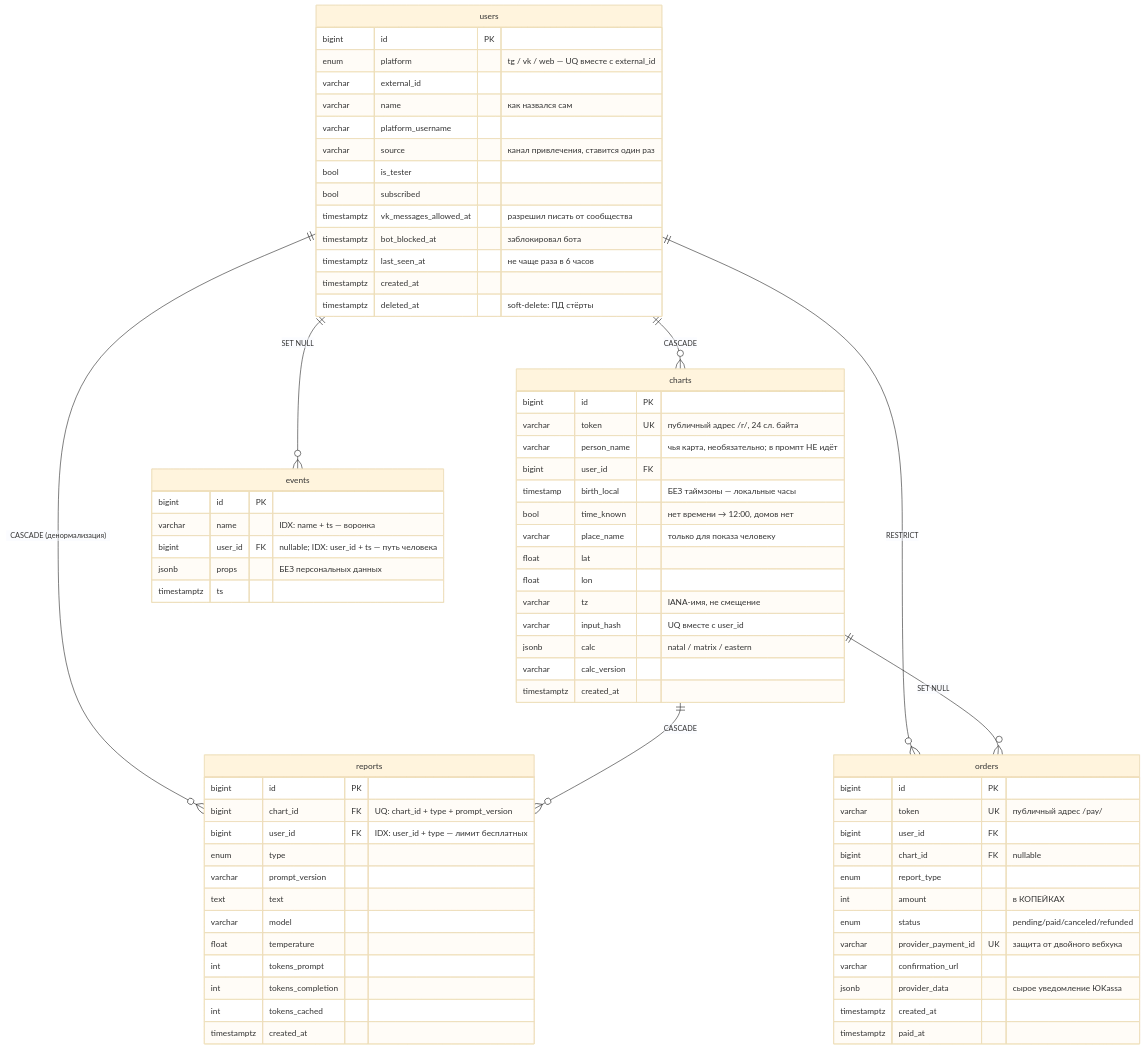
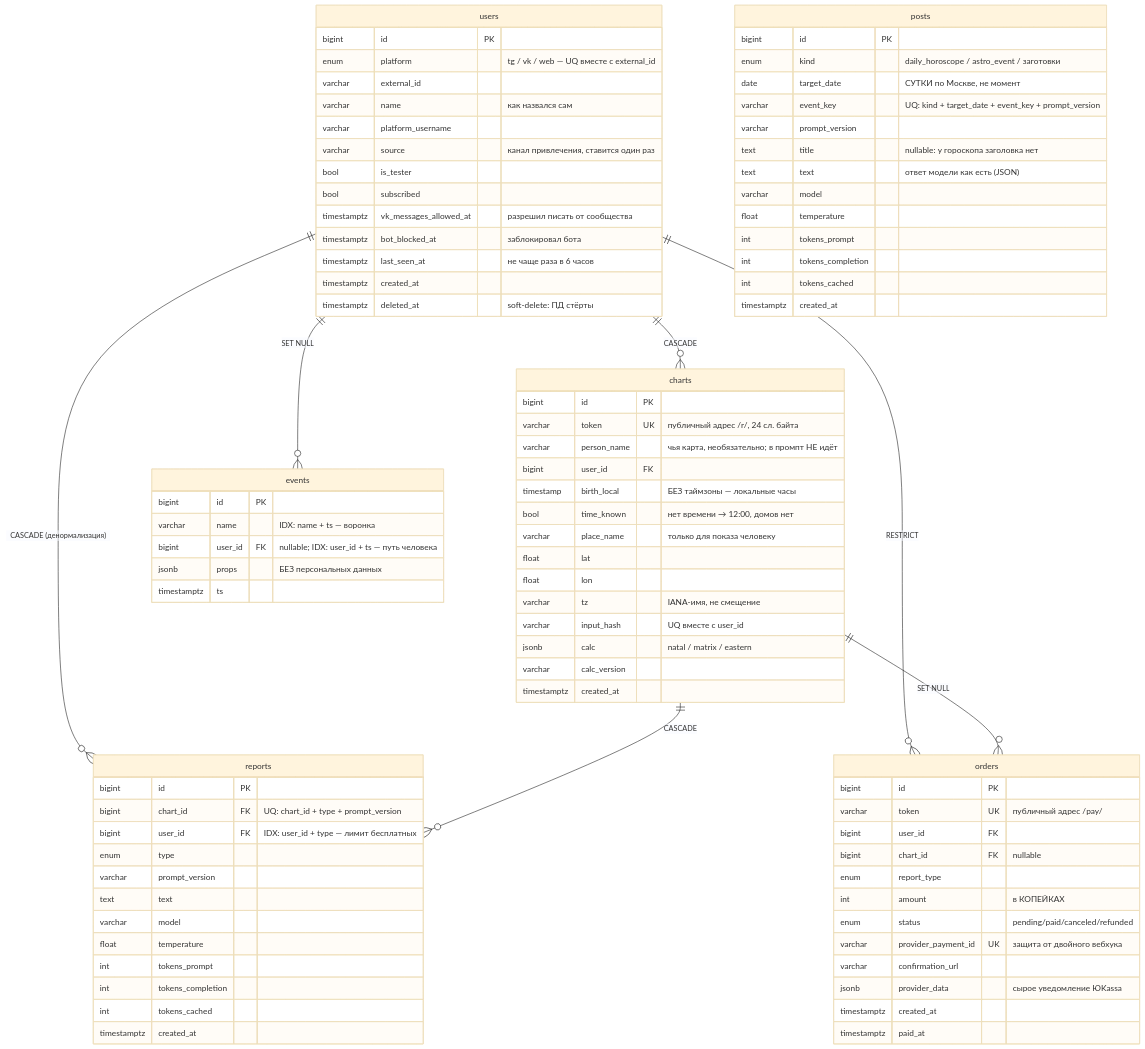
One commit to ngbaranov1970/AstroService changed the diagram in docs/db-schema.md. Above: the diagram before and after it, drawn with Mermaid (base theme). The commit also changed other lines of this file and 4 other files, not shown here.

First line of the commit message:
Документы: posts в схеме, progress разгружен

````diff
--- a/docs/db-schema.md
+++ b/docs/db-schema.md
@@ -86,4 +86,20 @@
         jsonb    props   "БЕЗ персональных данных"
         timestamptz ts
     }
+
+    posts {
+        bigint   id PK
+        enum     kind          "daily_horoscope / astro_event / заготовки"
+        date     target_date   "СУТКИ по Москве, не момент"
+        varchar  event_key     "UQ: kind + target_date + event_key + prompt_version"
+        varchar  prompt_version
+        text     title         "nullable: у гороскопа заголовка нет"
+        text     text          "ответ модели как есть (JSON)"
+        varchar  model
+        float    temperature
+        int      tokens_prompt
+        int      tokens_completion
+        int      tokens_cached
+        timestamptz created_at
+    }
 ```
````
